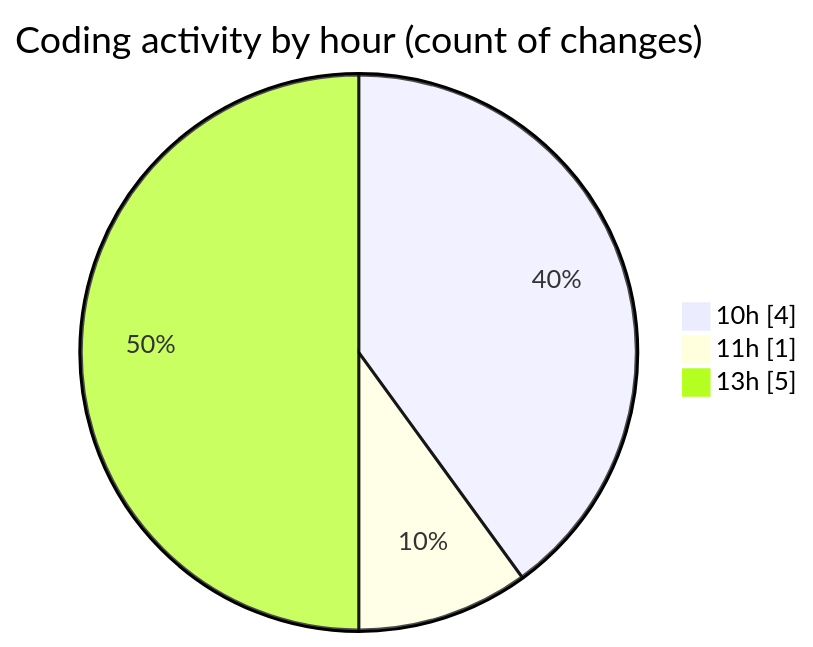
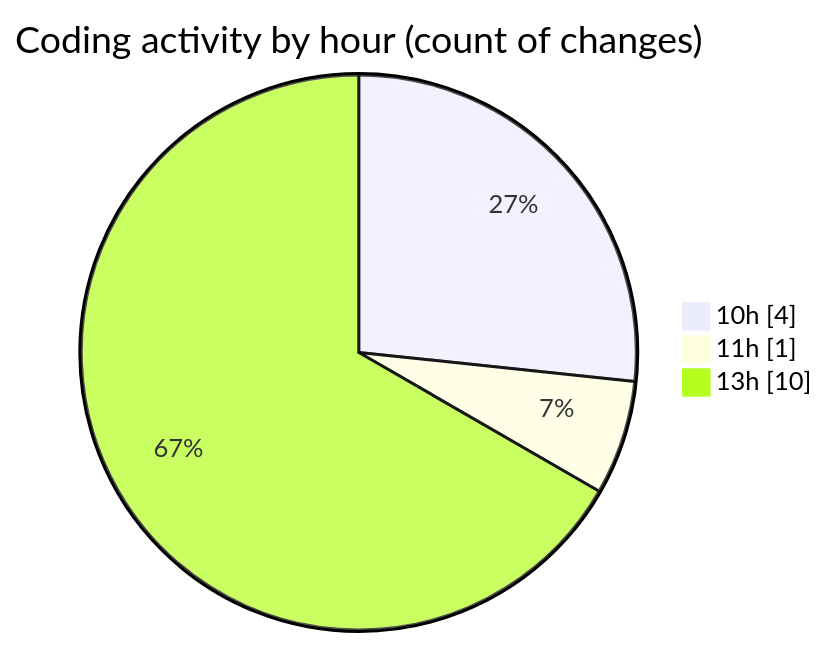
Before and after one commit to nxtqubesakshisongat/code-tracking: the second of 2 diagrams in 2025-06-06/nxtqube_webapp/README.md, drawn with Mermaid. The commit also changed other lines of this file and 1 other file, not shown here.

````diff
--- a/2025-06-06/nxtqube_webapp/README.md
+++ b/2025-06-06/nxtqube_webapp/README.md
@@ -28,7 +28,7 @@
 ```mermaid
 pie showData
 title Coding activity by hour (count of changes)
 "10h" : 4
 "11h" : 1
-"13h" : 5
+"13h" : 10
 ```
````
